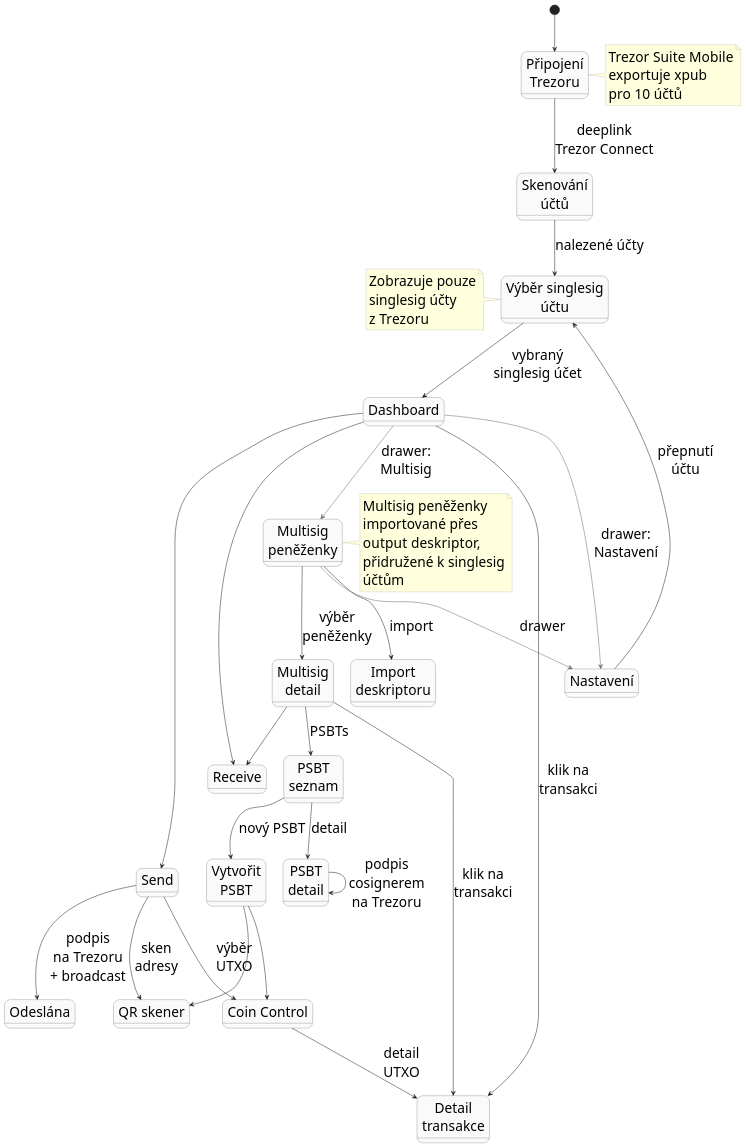
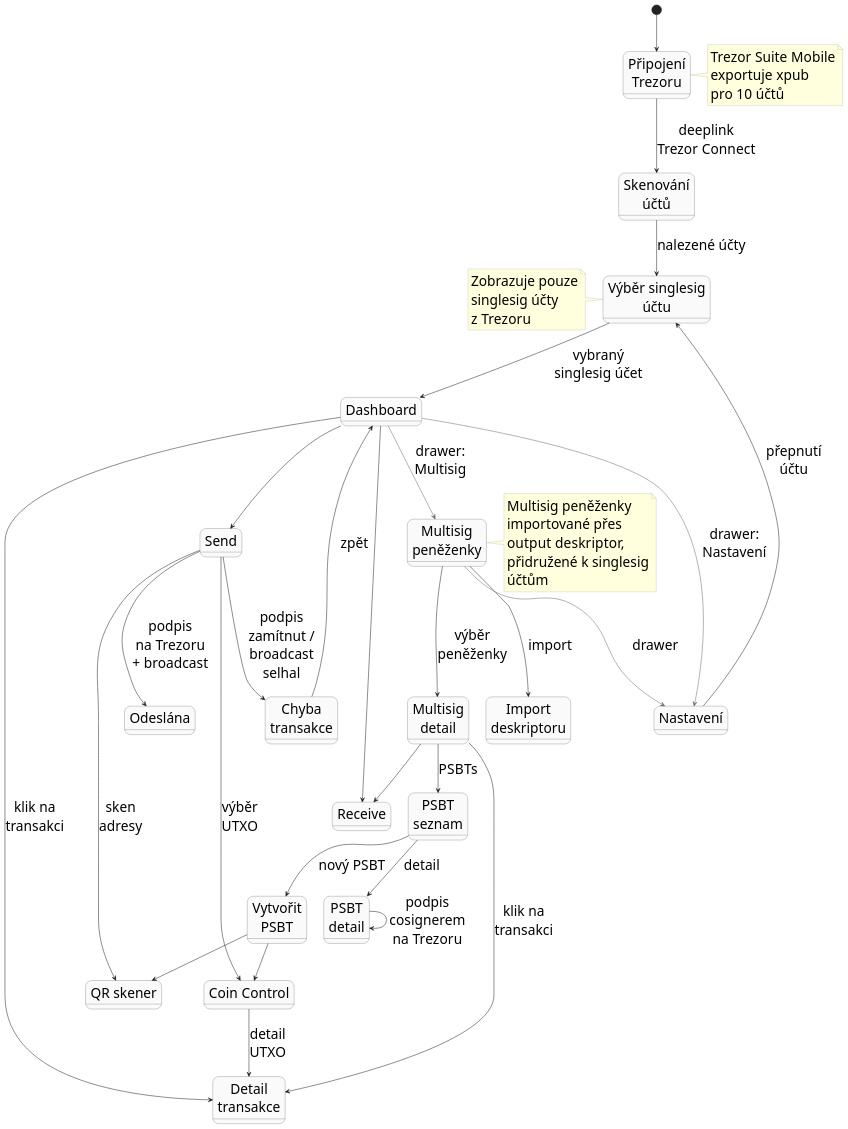
Before and after one commit to Majny/bitcoin-multisig-wallet: the diagram in DOCS/thesis/img/navigation.puml, drawn with PlantUML. The commit also changed 19 other files, not shown here.

Commit message:
[docs] refresh thesis diagram

```diff
--- a/DOCS/thesis/img/navigation.puml
+++ b/DOCS/thesis/img/navigation.puml
@@ -1,92 +1,95 @@
 @startuml
 skinparam backgroundColor white
 skinparam shadowing false
 skinparam defaultFontSize 28
 skinparam state {
   BackgroundColor #FAFAFA
   BorderColor #424242
   FontSize 28
 }
 skinparam note {
   BackgroundColor #FFFFDD
   BorderColor #999999
 }
 
 state "Připojení\nTrezoru" as connect
 state "Skenování\núčtů" as resolve
 state "Výběr singlesig\núčtu" as select
 
 state "Dashboard" as dash {
 }
 
 state "Send" as send
 state "Receive" as receive
 state "QR skener" as qr
 state "Coin Control" as coin
 state "Detail\ntransakce" as txdetail
 state "Odeslána" as txsent
+state "Chyba\ntransakce" as txerror
 
 state "Multisig\npeněženky" as mslist
 state "Import\ndeskriptoru" as import
 state "Multisig\ndetail" as msdetail
 state "PSBT\nseznam" as psbtlist
 state "Vytvořit\nPSBT" as createpsbt
 state "PSBT\ndetail" as psbtdetail
 
 state "Nastavení" as settings
 
 [*] --> connect
 connect --> resolve : deeplink\nTrezor Connect
 resolve --> select : nalezené účty
 select --> dash : vybraný\nsinglesig účet
 
 dash --> send
 dash --> receive
 dash -[#666]-> mslist : drawer:\nMultisig
 dash -[#666]-> settings : drawer:\nNastavení
 dash --> txdetail : klik na\ntransakci
 
 send --> qr : sken\nadresy
 send --> coin : výběr\nUTXO
 send --> txsent : podpis\nna Trezoru\n+ broadcast
+send --> txerror : podpis\nzamítnut /\nbroadcast\nselhal
 coin --> txdetail : detail\nUTXO
+txerror --> dash : zpět
 
 mslist --> msdetail : výběr\npeněženky
 mslist --> import : import
 mslist -[#666]-> settings : drawer
 
 msdetail --> receive
 msdetail --> psbtlist : PSBTs
 msdetail --> txdetail : klik na\ntransakci
 
 psbtlist --> createpsbt : nový PSBT
 psbtlist --> psbtdetail : detail
 
 createpsbt --> qr
 createpsbt --> coin
 
 psbtdetail --> psbtdetail : podpis\ncosignerem\nna Trezoru
 
 settings --> select : přepnutí\núčtu
 
 note right of connect
   Trezor Suite Mobile
   exportuje xpub
   pro 10 účtů
 end note
 
 note left of select
   Zobrazuje pouze
   singlesig účty
   z Trezoru
 end note
 
 note right of mslist
   Multisig peněženky
   importované přes
   output deskriptor,
   přidružené k singlesig
   účtům
 end note
 
 @enduml
```
